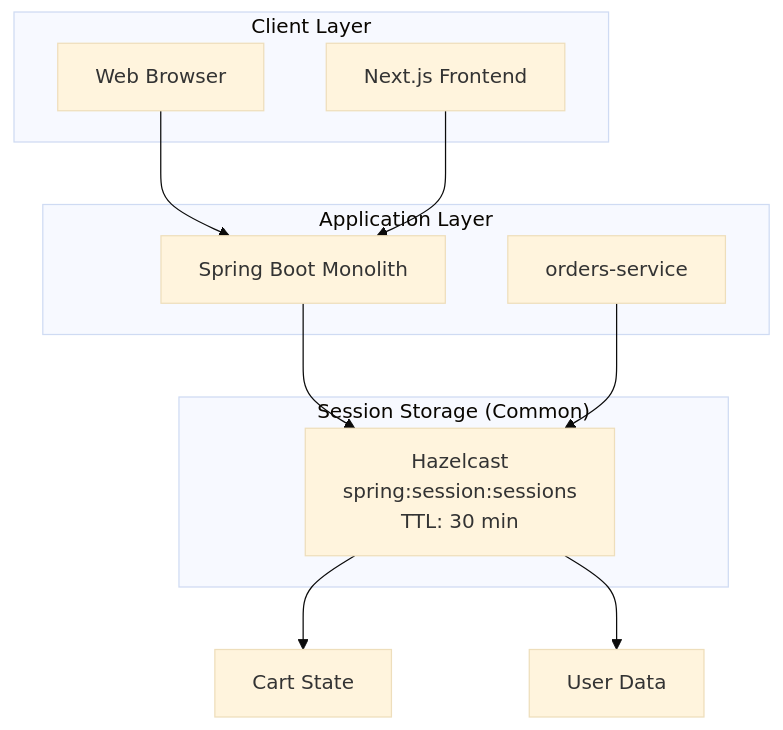
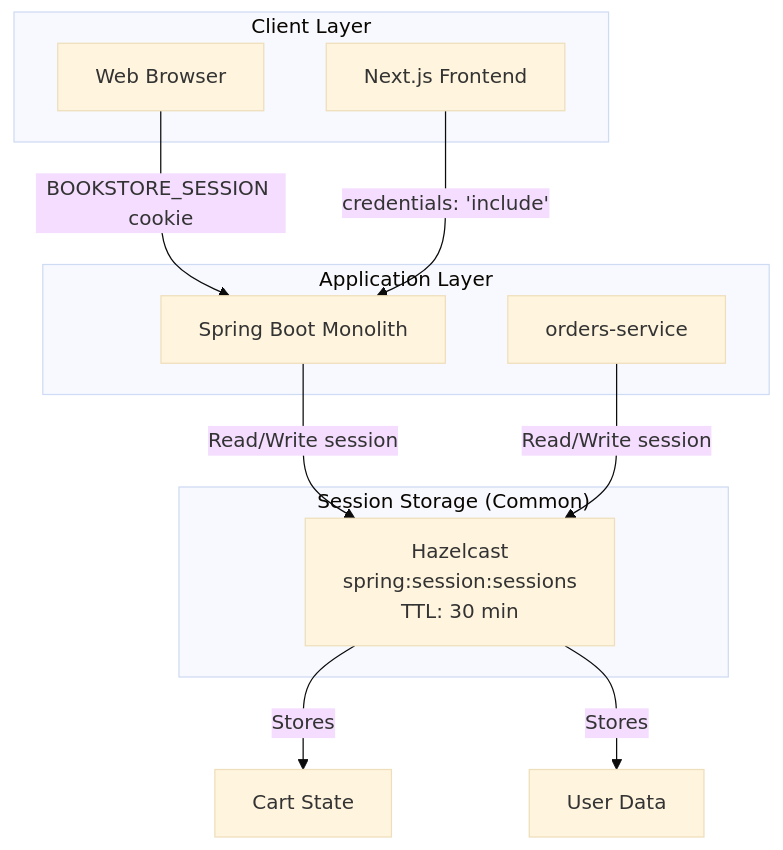
The third of 4 diagrams in docs/deepwiki/Common-Module.md (philipz/spring-modular-monolith), drawn with Mermaid (base theme) before and after one commit. The commit also changed other lines of this file and 55 other files, not shown here.

````diff
--- a/docs/deepwiki/Common-Module.md
+++ b/docs/deepwiki/Common-Module.md
@@ -223,32 +223,32 @@
 ```mermaid
 flowchart TD
 
 Browser["Web Browser"]
 NextJS["Next.js Frontend"]
 Monolith["Spring Boot Monolith"]
 OrdersService["orders-service"]
 HZSession["Hazelcast<br>spring:session:sessions<br>TTL: 30 min"]
 CartState["Cart State"]
 UserData["User Data"]
 
-Browser --> Monolith
-NextJS --> Monolith
-Monolith --> HZSession
-OrdersService --> HZSession
-HZSession --> CartState
-HZSession --> UserData
+Browser -->|"BOOKSTORE_SESSION cookie"| Monolith
+NextJS -->|"credentials: 'include'"| Monolith
+Monolith -->|"Read/Write session"| HZSession
+OrdersService -->|"Read/Write session"| HZSession
+HZSession -->|"Stores"| CartState
+HZSession -->|"Stores"| UserData
 
 subgraph subGraph2 ["Session Storage (Common)"]
     HZSession
 end
 
 subgraph subGraph1 ["Application Layer"]
     Monolith
     OrdersService
 end
 
 subgraph subGraph0 ["Client Layer"]
     Browser
     NextJS
 end
 ```
````
